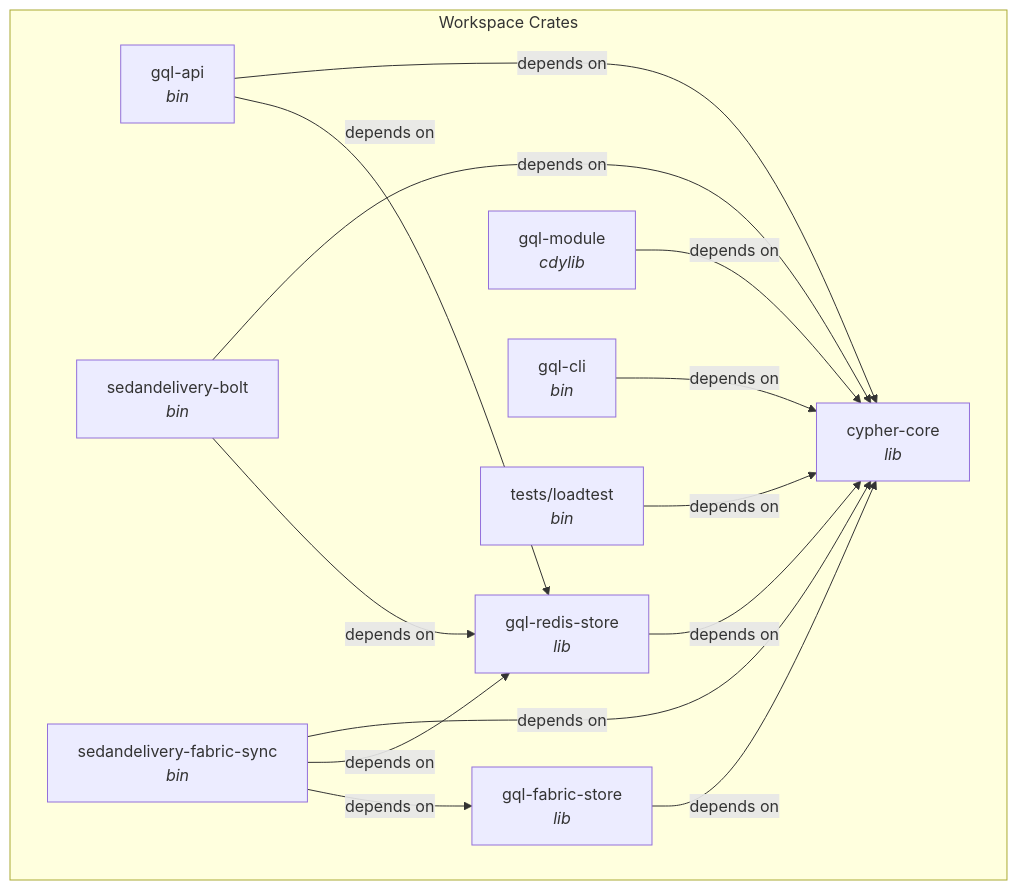
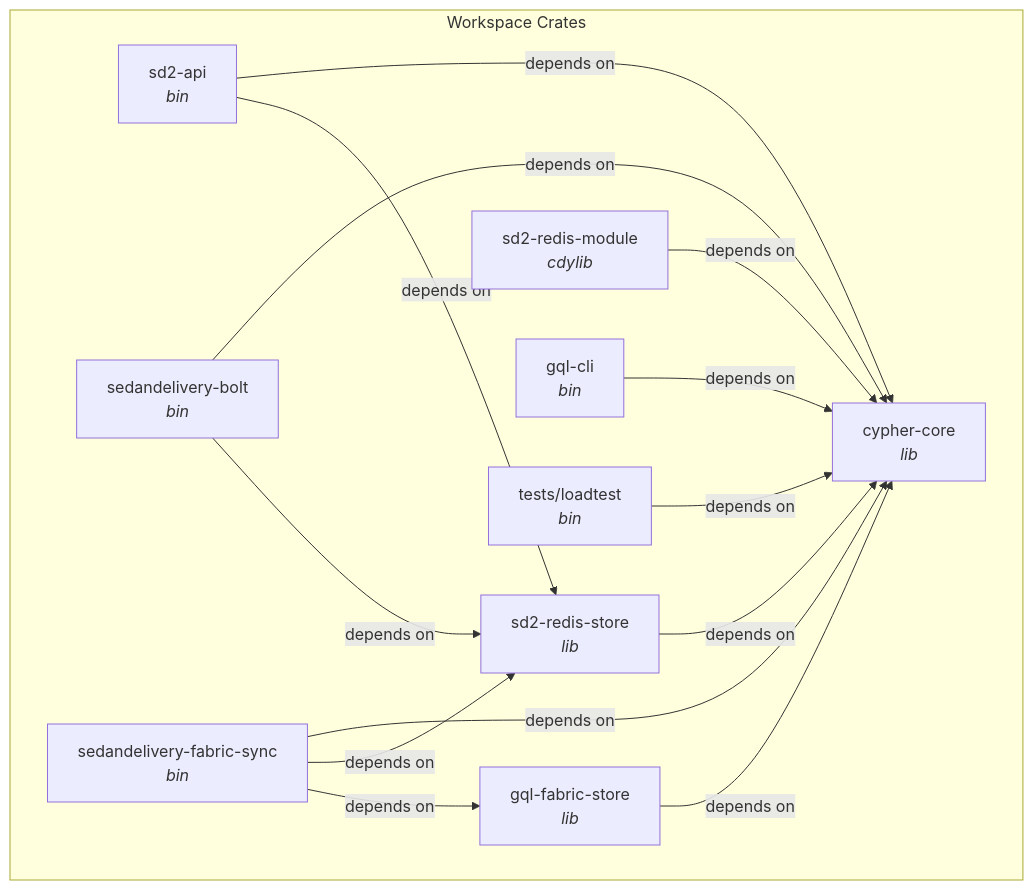
The diagram in docs/atlas/compile-deps/README.md (rysweet/SedanDelivery), drawn with Mermaid before and after one commit. The commit also changed other lines of this file and 191 other files, not shown here.

First line of the commit message:
refactor: rename gql-module, gql-redis-store, gql-api to sd2- prefix (#1097)

````diff
--- a/docs/atlas/compile-deps/README.md
+++ b/docs/atlas/compile-deps/README.md
@@ -12,27 +12,27 @@
 ```mermaid
 graph TD
     subgraph workspace["Workspace Crates"]
         cypher_core["cypher-core<br/><i>lib</i>"]
-        gql_redis["gql-redis-store<br/><i>lib</i>"]
+        gql_redis["sd2-redis-store<br/><i>lib</i>"]
         gql_fabric["gql-fabric-store<br/><i>lib</i>"]
-        gql_module["gql-module<br/><i>cdylib</i>"]
-        gql_api["gql-api<br/><i>bin</i>"]
+        sd2_redis_module["sd2-redis-module<br/><i>cdylib</i>"]
+        sd2_api["sd2-api<br/><i>bin</i>"]
         gql_cli["gql-cli<br/><i>bin</i>"]
         bolt["sedandelivery-bolt<br/><i>bin</i>"]
         sync["sedandelivery-fabric-sync<br/><i>bin</i>"]
         loadtest["tests/loadtest<br/><i>bin</i>"]
     end
 
     gql_redis -->|"depends on"| cypher_core
     gql_fabric -->|"depends on"| cypher_core
-    gql_module -->|"depends on"| cypher_core
+    sd2_redis_module -->|"depends on"| cypher_core
     gql_cli -->|"depends on"| cypher_core
-    gql_api -->|"depends on"| cypher_core
-    gql_api -->|"depends on"| gql_redis
+    sd2_api -->|"depends on"| cypher_core
+    sd2_api -->|"depends on"| gql_redis
     bolt -->|"depends on"| cypher_core
     bolt -->|"depends on"| gql_redis
     sync -->|"depends on"| cypher_core
     sync -->|"depends on"| gql_redis
     sync -->|"depends on"| gql_fabric
     loadtest -->|"depends on"| cypher_core
 ```
````
